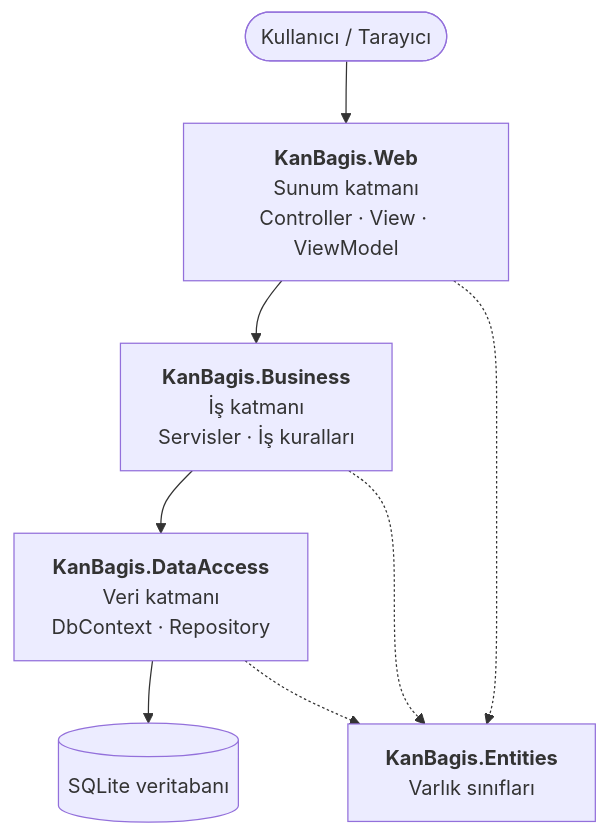
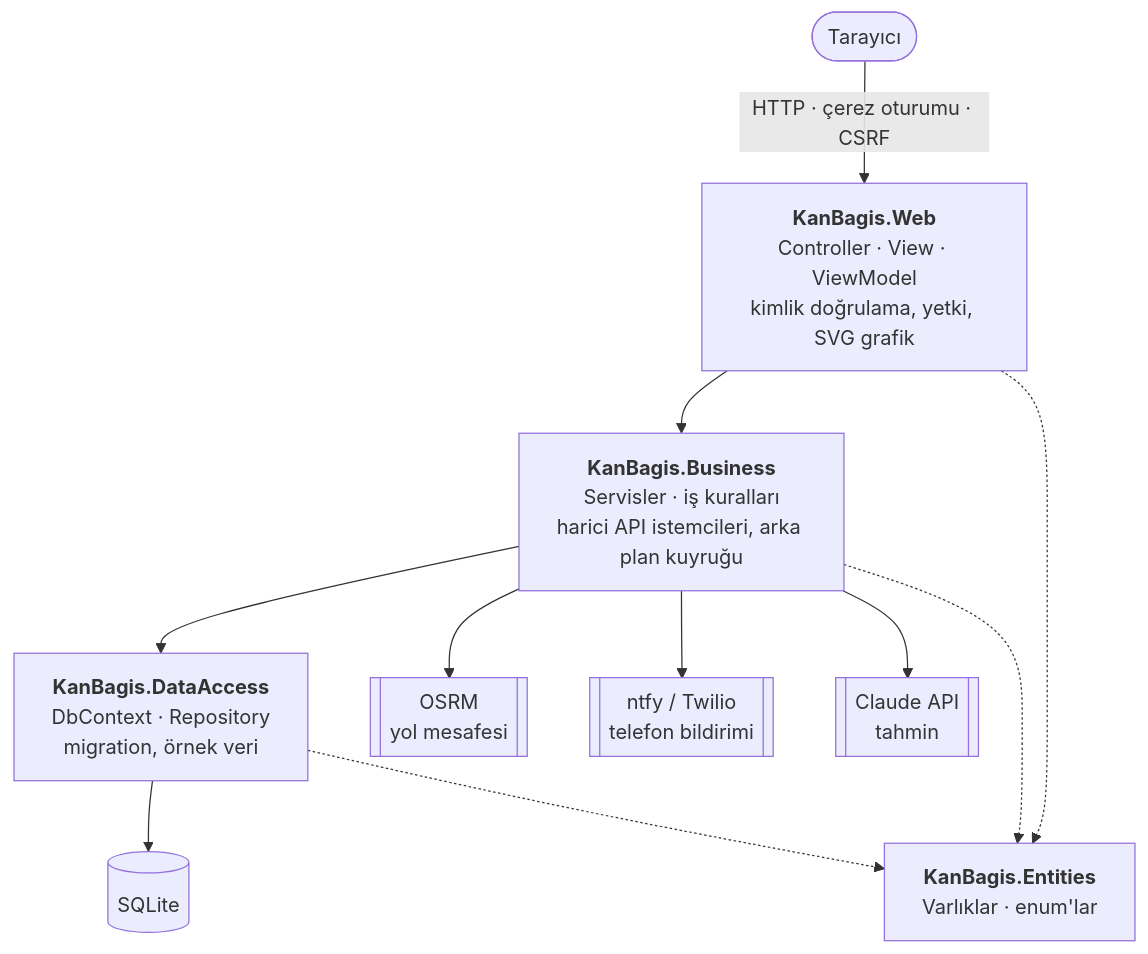
One commit to simsekdilan93-dot/kanbag-s-yonetimivebag-sc-eslestirme- changed the first of 2 diagrams in docs/Mimari.md. Above: the diagram before and after it, drawn with Mermaid. The commit also changed other lines of this file and 27 other files, not shown here.

````diff
--- a/docs/Mimari.md
+++ b/docs/Mimari.md
@@ -5,14 +5,20 @@
 ```mermaid
 flowchart TD
-    U([Kullanıcı / Tarayıcı]) --> W
-    W["<b>KanBagis.Web</b><br/>Sunum katmanı<br/>Controller · View · ViewModel"]
-    B["<b>KanBagis.Business</b><br/>İş katmanı<br/>Servisler · İş kuralları"]
-    D["<b>KanBagis.DataAccess</b><br/>Veri katmanı<br/>DbContext · Repository"]
-    E["<b>KanBagis.Entities</b><br/>Varlık sınıfları"]
-    DB[(SQLite veritabanı)]
+    U([Tarayıcı]) -->|HTTP · çerez oturumu · CSRF| W
+    W["<b>KanBagis.Web</b><br/>Controller · View · ViewModel<br/>kimlik doğrulama, yetki, SVG grafik"]
+    B["<b>KanBagis.Business</b><br/>Servisler · iş kuralları<br/>harici API istemcileri, arka plan kuyruğu"]
+    D["<b>KanBagis.DataAccess</b><br/>DbContext · Repository<br/>migration, örnek veri"]
+    E["<b>KanBagis.Entities</b><br/>Varlıklar · enum'lar"]
+    DB[(SQLite)]
+    X1[[OSRM<br/>yol mesafesi]]
+    X2[[ntfy / Twilio<br/>telefon bildirimi]]
+    X3[[Claude API<br/>tahmin]]
 
     W --> B --> D --> DB
+    B --> X1
+    B --> X2
+    B --> X3
     W -.-> E
     B -.-> E
     D -.-> E
 ```
````
